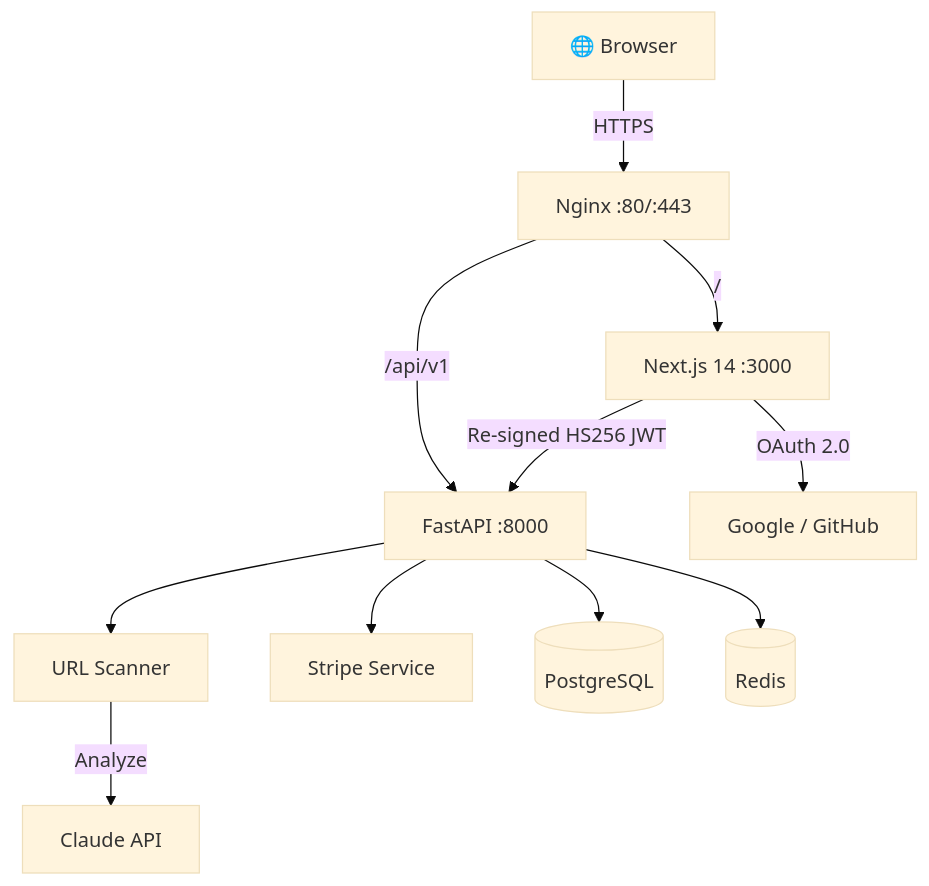
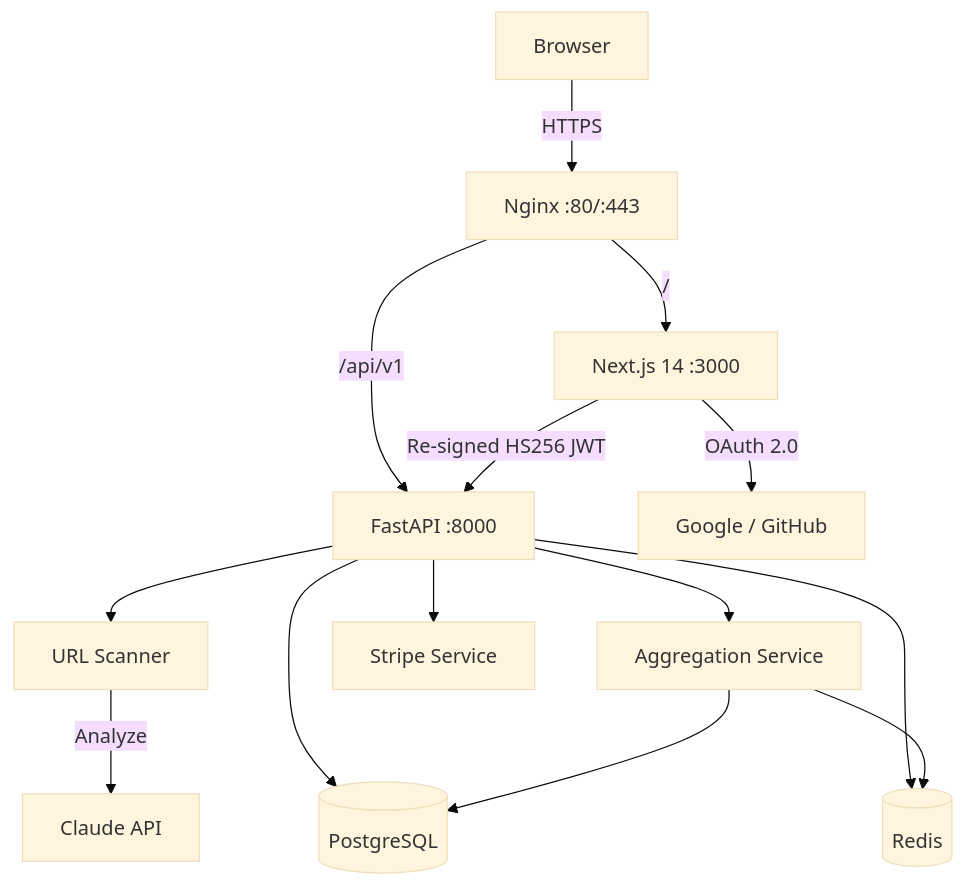
One commit to nabz0r/deadinternet.report changed the diagram in README.md. Above: the diagram before and after it, drawn with Mermaid (base theme). The commit also changed other lines of this file and 3 other files, not shown here.

````diff
--- a/README.md
+++ b/README.md
@@ -63,16 +63,19 @@
 ```mermaid
 graph TB
-    Browser["🌐 Browser"] -->|HTTPS| Nginx["Nginx :80/:443"]
+    Browser["Browser"] -->|HTTPS| Nginx["Nginx :80/:443"]
     Nginx -->|/| Next["Next.js 14 :3000"]
     Nginx -->|/api/v1| FastAPI["FastAPI :8000"]
 
     Next -->|Re-signed HS256 JWT| FastAPI
     Next -->|OAuth 2.0| OAuth["Google / GitHub"]
 
     FastAPI --> Scanner["URL Scanner"]
+    FastAPI --> Aggregation["Aggregation Service"]
     FastAPI --> Stripe["Stripe Service"]
     Scanner -->|Analyze| Claude["Claude API"]
 
     FastAPI --> PG[("PostgreSQL")]
     FastAPI --> Redis[("Redis")]
+    Aggregation --> PG
+    Aggregation --> Redis
 ```
````
